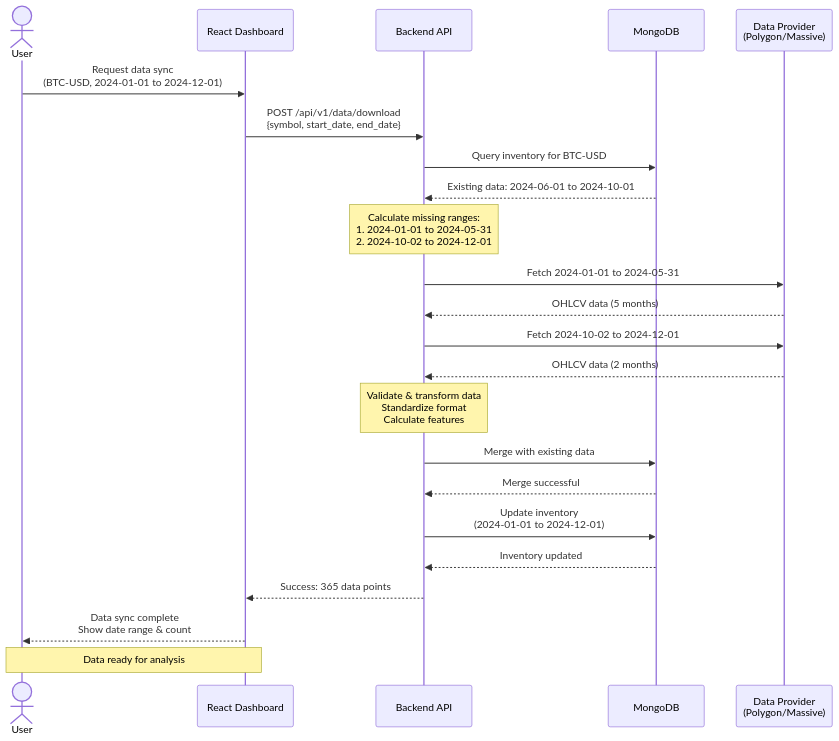
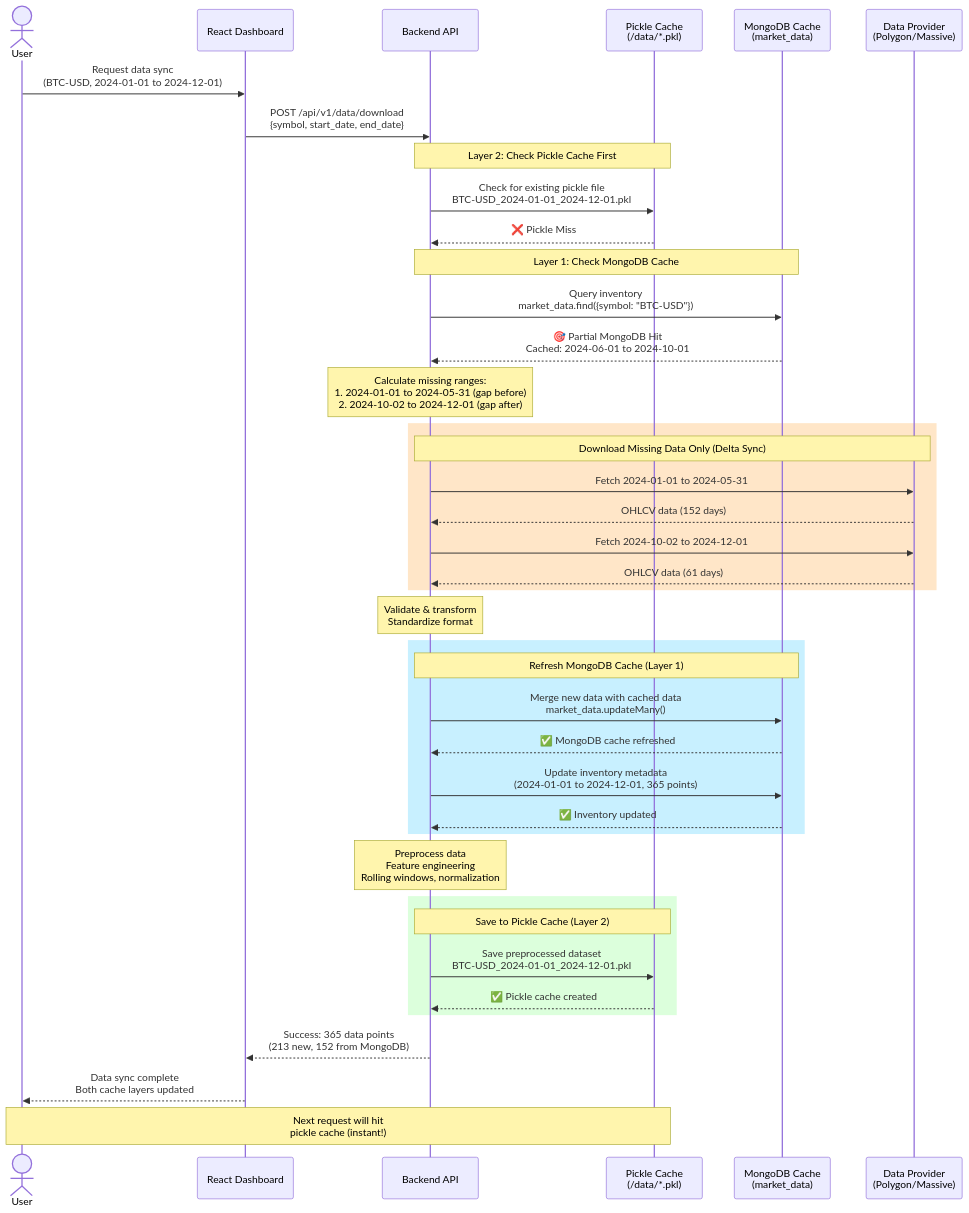
The sixth of 8 diagrams in README.md (OptimalMatch/temporal-trading-agents), drawn with Mermaid before and after one commit. The commit also changed other lines of this file, not shown here.

First line of the commit message:
Document dual-layer caching architecture with pickle and MongoDB

````diff
--- a/README.md
+++ b/README.md
@@ -512,35 +564,57 @@
 ```mermaid
 sequenceDiagram
     actor User
     participant Dashboard as React Dashboard
     participant API as Backend API
-    participant DB as MongoDB
+    participant Pickle as Pickle Cache<br/>(/data/*.pkl)
+    participant Mongo as MongoDB Cache<br/>(market_data)
     participant Provider as Data Provider<br/>(Polygon/Massive)
 
     User->>Dashboard: Request data sync<br/>(BTC-USD, 2024-01-01 to 2024-12-01)
     Dashboard->>API: POST /api/v1/data/download<br/>{symbol, start_date, end_date}
 
-    API->>DB: Query inventory for BTC-USD
-    DB-->>API: Existing data: 2024-06-01 to 2024-10-01
+    Note over API,Pickle: Layer 2: Check Pickle Cache First
 
-    Note over API: Calculate missing ranges:<br/>1. 2024-01-01 to 2024-05-31<br/>2. 2024-10-02 to 2024-12-01
+    API->>Pickle: Check for existing pickle file<br/>BTC-USD_2024-01-01_2024-12-01.pkl
+    Pickle-->>API: ❌ Pickle Miss
 
-    API->>Provider: Fetch 2024-01-01 to 2024-05-31
-    Provider-->>API: OHLCV data (5 months)
+    Note over API,Mongo: Layer 1: Check MongoDB Cache
 
-    API->>Provider: Fetch 2024-10-02 to 2024-12-01
-    Provider-->>API: OHLCV data (2 months)
+    API->>Mongo: Query inventory<br/>market_data.find({symbol: "BTC-USD"})
+    Mongo-->>API: 🎯 Partial MongoDB Hit<br/>Cached: 2024-06-01 to 2024-10-01
 
-    Note over API: Validate & transform data<br/>Standardize format<br/>Calculate features
+    Note over API: Calculate missing ranges:<br/>1. 2024-01-01 to 2024-05-31 (gap before)<br/>2. 2024-10-02 to 2024-12-01 (gap after)
 
-    API->>DB: Merge with existing data
-    DB-->>API: Merge successful
+    rect rgb(255, 230, 200)
+        Note over API,Provider: Download Missing Data Only (Delta Sync)
+        API->>Provider: Fetch 2024-01-01 to 2024-05-31
+        Provider-->>API: OHLCV data (152 days)
 
-    API->>DB: Update inventory<br/>(2024-01-01 to 2024-12-01)
-    DB-->>API: Inventory updated
+        API->>Provider: Fetch 2024-10-02 to 2024-12-01
+        Provider-->>API: OHLCV data (61 days)
+    end
 
-    API-->>Dashboard: Success: 365 data points
-    Dashboard-->>User: Data sync complete<br/>Show date range & count
+    Note over API: Validate & transform<br/>Standardize format
 
-    Note over Dashboard,User: Data ready for analysis
+    rect rgb(200, 240, 255)
+        Note over API,Mongo: Refresh MongoDB Cache (Layer 1)
+        API->>Mongo: Merge new data with cached data<br/>market_data.updateMany()
+        Mongo-->>API: ✅ MongoDB cache refreshed
+
+        API->>Mongo: Update inventory metadata<br/>(2024-01-01 to 2024-12-01, 365 points)
+        Mongo-->>API: ✅ Inventory updated
+    end
+
+    Note over API: Preprocess data<br/>Feature engineering<br/>Rolling windows, normalization
+
+    rect rgb(220, 255, 220)
+        Note over API,Pickle: Save to Pickle Cache (Layer 2)
+        API->>Pickle: Save preprocessed dataset<br/>BTC-USD_2024-01-01_2024-12-01.pkl
+        Pickle-->>API: ✅ Pickle cache created
+    end
+
+    API-->>Dashboard: Success: 365 data points<br/>(213 new, 152 from MongoDB)
+    Dashboard-->>User: Data sync complete<br/>Both cache layers updated
+
+    Note over User,Pickle: Next request will hit<br/>pickle cache (instant!)
 ```
````
